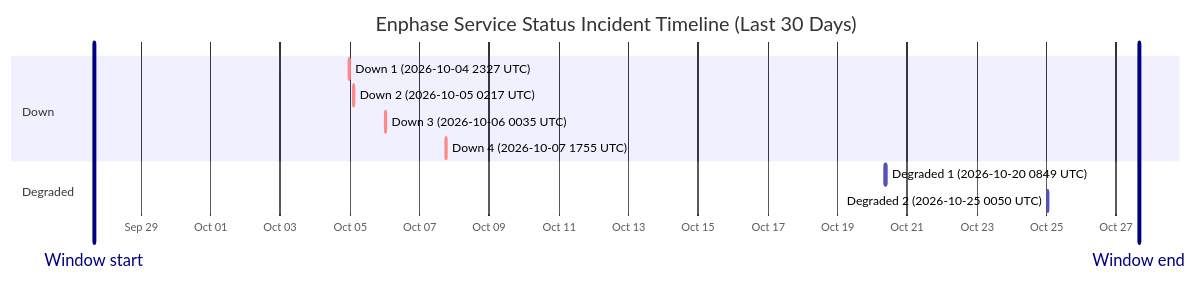
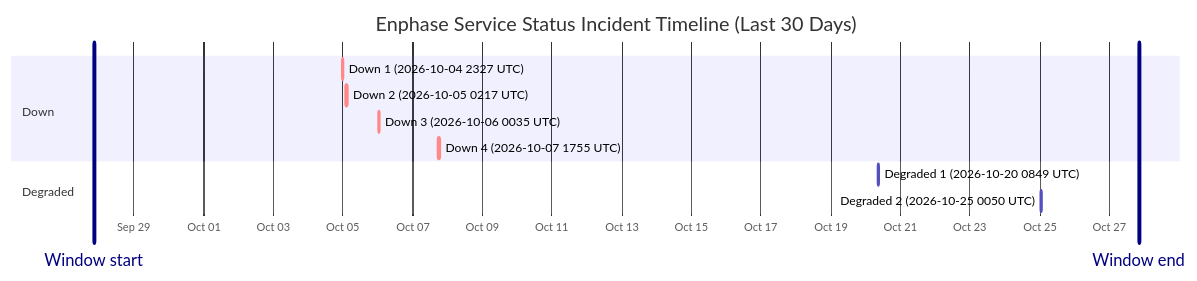
One commit to barneyonline/ha-enphase-energy changed the diagram in wiki/Service-Status-History.md. Above: the diagram before and after it, drawn with Mermaid. The commit also changed other lines of this file and 3 other files, not shown here.

````diff
--- a/wiki/Service-Status-History.md
+++ b/wiki/Service-Status-History.md
@@ -14,16 +14,16 @@
 ```mermaid
 gantt
     title Enphase Service Status Incident Timeline (Last 30 Days)
     dateFormat  YYYY-MM-DDTHH:mm:ss
     axisFormat  %b %d
-    Window start :vert, window-start, 2026-09-27T15:43:34, 0ms
-    Window end :vert, window-end, 2026-10-27T15:43:34, 0ms
+    Window start :vert, window-start, 2026-09-27T20:25:47, 0ms
+    Window end :vert, window-end, 2026-10-27T20:25:47, 0ms
     section Down
     Down 1 (2026-10-04 2327 UTC) :crit, down-1, 2026-10-04T23:27:34, 60m
     Down 2 (2026-10-05 0217 UTC) :crit, down-2, 2026-10-05T02:17:30, 60m
     Down 3 (2026-10-06 0035 UTC) :crit, down-3, 2026-10-06T00:35:21, 60m
     Down 4 (2026-10-07 1755 UTC) :crit, down-4, 2026-10-07T17:55:16, 60m
     section Degraded
     Degraded 1 (2026-10-20 0849 UTC) :active, degraded-1, 2026-10-20T08:49:49, 60m
     Degraded 2 (2026-10-25 0050 UTC) :active, degraded-2, 2026-10-25T00:50:01, 60m
 ```
````
